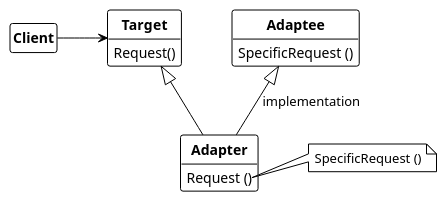
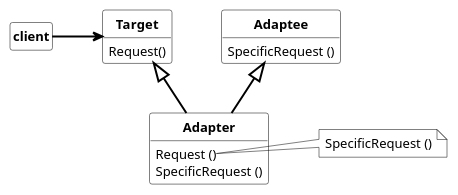
The first of 2 diagrams in structural_pattern/adapter/adapter.md (dst80/design-patterns), drawn with PlantUML before and after one commit. The commit also changed other lines of this file and 11 other files, not shown here.

````diff
--- a/structural_pattern/adapter/adapter.md
+++ b/structural_pattern/adapter/adapter.md
@@ -20,32 +20,47 @@
 ```plantuml
 @startuml adapter_by_inheritance
-!theme plain
+skinparam ranksep 50
 skinparam nodesep 50
-skinparam ranksep 50
+skinparam class {
+  FontSize 13
+  AttributeFontSize 13
+  FontStyle bold
+  BackgroundColor transparent
+  BorderColor black
+}
+skinparam arrow {
+  Color black
+  FontColor black
+  Thickness 2
+}
+skinparam note {
+  BackgroundColor transparent
+  BorderColor black
+}
 hide circle
 hide fields
 
-class "**Client**" as client
+class client
 hide client members
 
-class "**Target**" as target {
+class Target {
     Request()
 }
 
-class "**Adapter**" as adapter {
-    Request ()
+class Adaptee {
+    SpecificRequest ()
 }
 
-note right of adapter::Request
+class Adapter extends Target, Adaptee {
+    Request ()
+    SpecificRequest ()
+}
+
+note right of Adapter::Request
     SpecificRequest ()
 end note
 
-class "**Adaptee**" as adaptee {
-    SpecificRequest ()
-}
 
-client -r--> target
-target <|-- adapter
-adaptee <|-- adapter : implementation
+client -> Target
 @enduml
 ```
````
